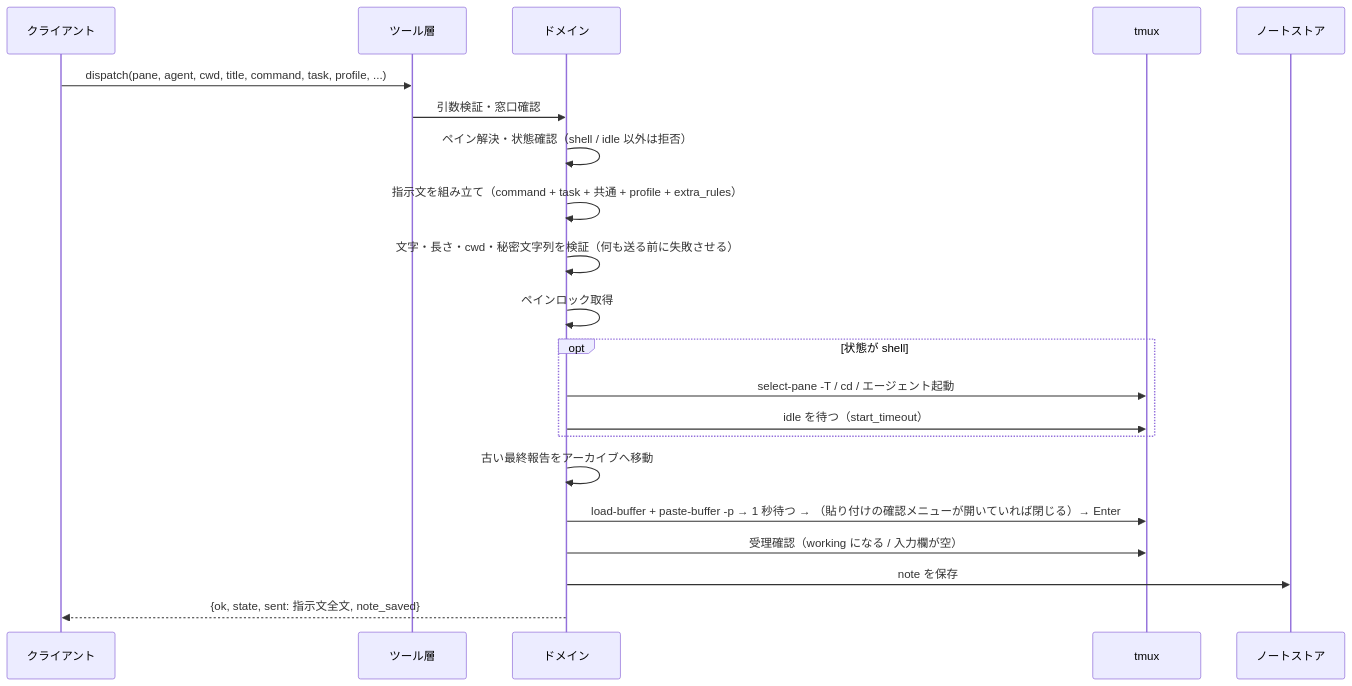
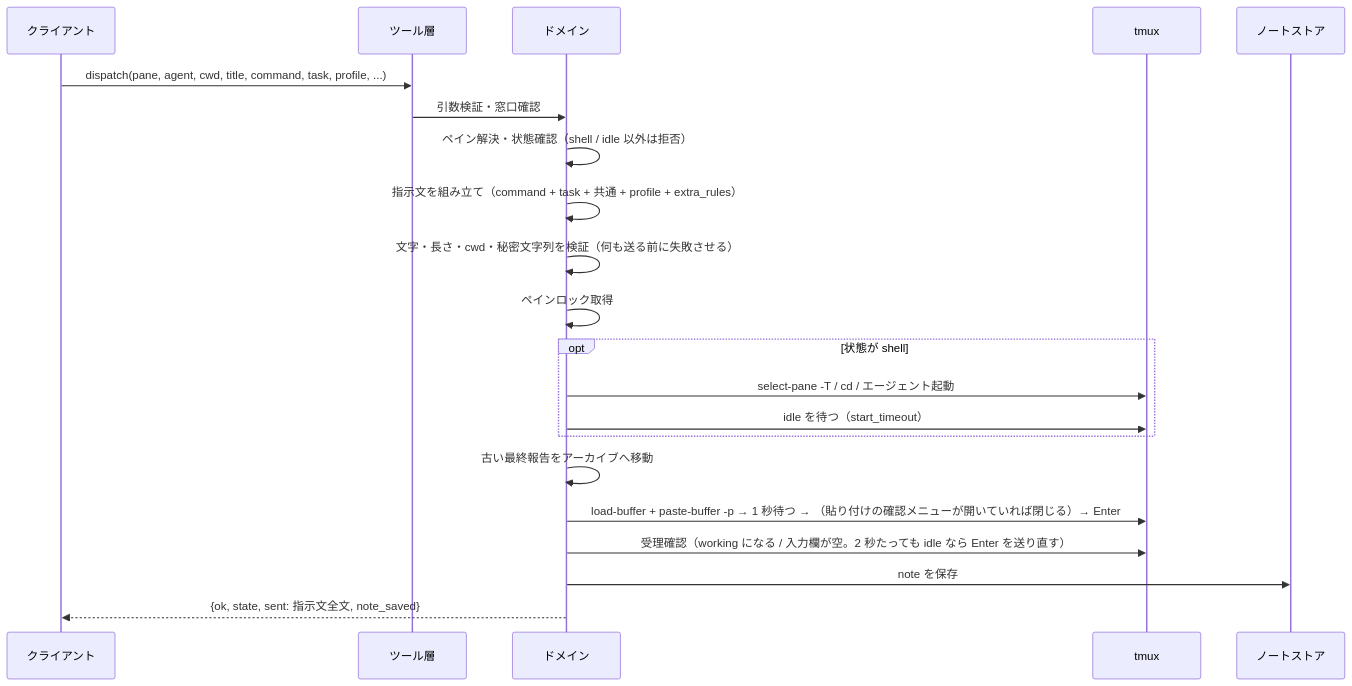
The fourth of 6 diagrams in docs/architecture/overview.md (ousiassllc/swarm-console), drawn with Mermaid before and after one commit. The commit also changed other lines of this file and 11 other files, not shown here.

First line of the commit message:
fix: send_text・dispatch で Enter が効かなかったとき、受理されるまで期限内で Enter を送り直す

````diff
--- a/docs/architecture/overview.md
+++ b/docs/architecture/overview.md
@@ -137,24 +137,24 @@
 ```mermaid
 sequenceDiagram
     participant C as クライアント
     participant T as ツール層
     participant D as ドメイン
     participant X as tmux
     participant N as ノートストア
 
     C->>T: dispatch(pane, agent, cwd, title, command, task, profile, ...)
     T->>D: 引数検証・窓口確認
     D->>D: ペイン解決・状態確認（shell / idle 以外は拒否）
     D->>D: 指示文を組み立て（command + task + 共通 + profile + extra_rules）
     D->>D: 文字・長さ・cwd・秘密文字列を検証（何も送る前に失敗させる）
     D->>D: ペインロック取得
     opt 状態が shell
         D->>X: select-pane -T / cd / エージェント起動
         D->>X: idle を待つ（start_timeout）
     end
     D->>D: 古い最終報告をアーカイブへ移動
     D->>X: load-buffer + paste-buffer -p → 1 秒待つ → （貼り付けの確認メニューが開いていれば閉じる）→ Enter
-    D->>X: 受理確認（working になる / 入力欄が空）
+    D->>X: 受理確認（working になる / 入力欄が空。2 秒たっても idle なら Enter を送り直す）
     D->>N: note を保存
     D-->>C: {ok, state, sent: 指示文全文, note_saved}
 ```
````
